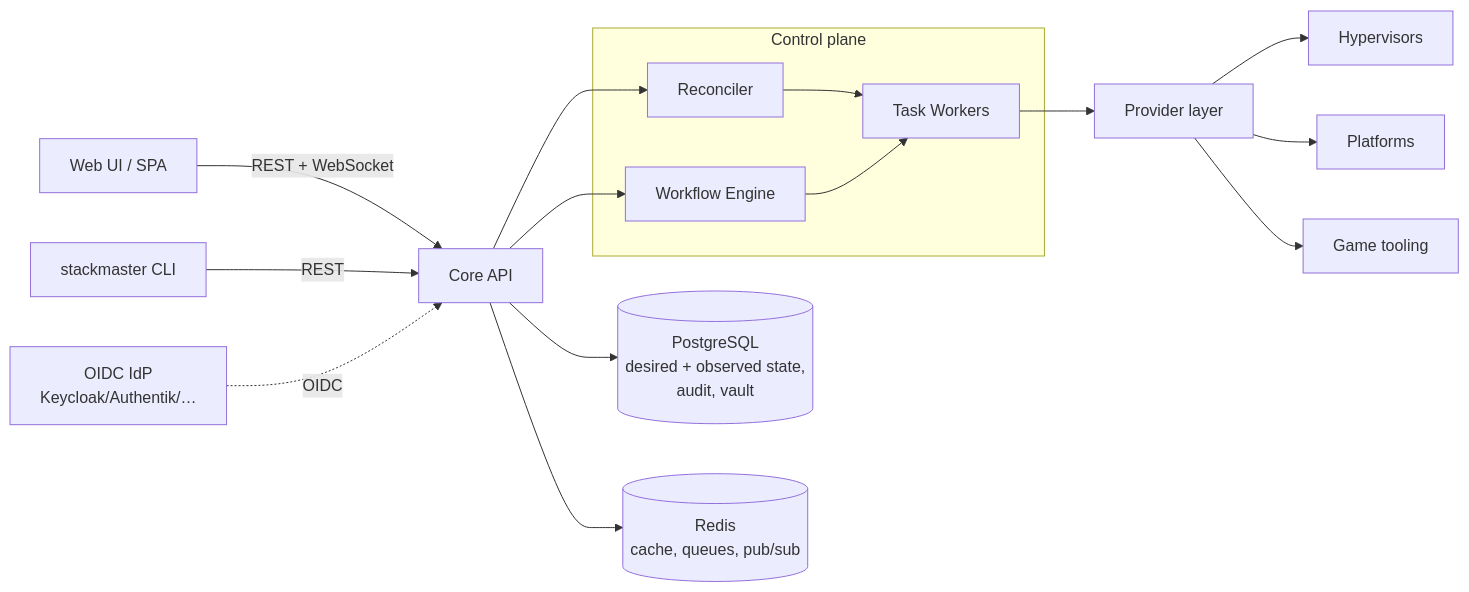
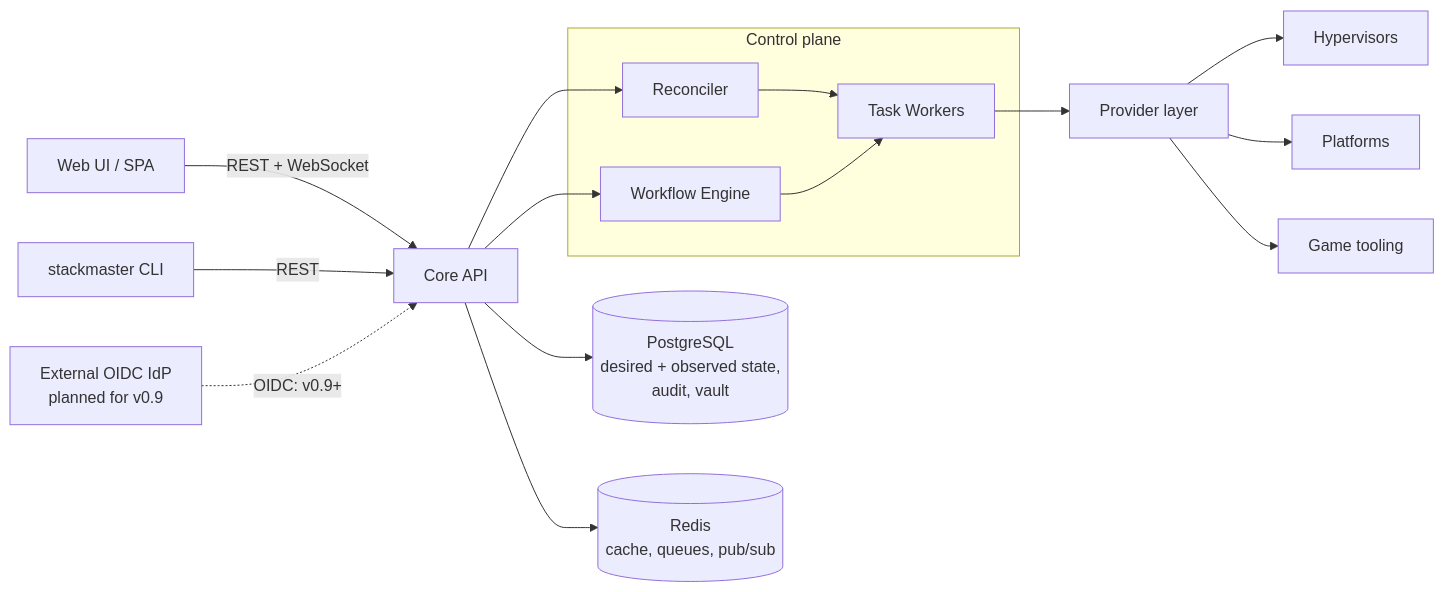
Before and after one commit to VoltKraft/Stackmaster: the second of 8 diagrams in docs/ARCHITECTURE.md, drawn with Mermaid. The commit also changed other lines of this file and 22 other files, not shown here.

````diff
--- a/docs/ARCHITECTURE.md
+++ b/docs/ARCHITECTURE.md
@@ -46,25 +46,25 @@
 ```mermaid
 flowchart LR
   UI[Web UI / SPA] -->|REST + WebSocket| API[Core API]
   CLI[stackmaster CLI] -->|REST| API
-  IDP[OIDC IdP<br/>Keycloak/Authentik/…] -.->|OIDC| API
+  IDP[External OIDC IdP<br/>planned for v0.9] -.->|OIDC: v0.9+| API
 
   API --> DB[(PostgreSQL<br/>desired + observed state,<br/>audit, vault)]
   API --> CACHE[(Redis<br/>cache, queues, pub/sub)]
 
   subgraph Control["Control plane"]
     RC[Reconciler]
     WF[Workflow Engine]
     TW[Task Workers]
   end
 
   API --> RC
   API --> WF
   RC --> TW
   WF --> TW
   TW --> PROV[Provider layer]
 
   PROV --> HYP[Hypervisors]
   PROV --> PLT[Platforms]
   PROV --> GAM[Game tooling]
 ```
````
